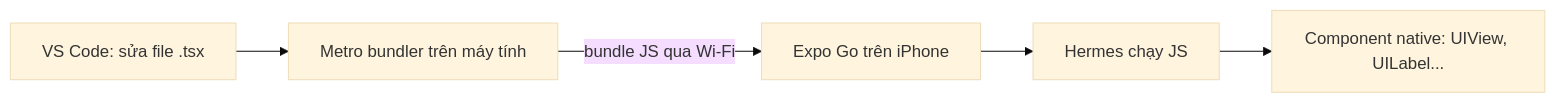
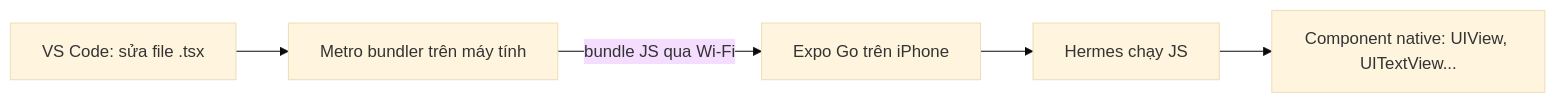
The diagram in books/react-native/vol1-co-ban/01-cai-dat-va-du-an-dau-tien.md (VuXuanThanh-Dev/super-apps), drawn with Mermaid (base theme) before and after one commit. The commit also changed 18 other files, not shown here.

````diff
--- a/books/react-native/vol1-co-ban/01-cai-dat-va-du-an-dau-tien.md
+++ b/books/react-native/vol1-co-ban/01-cai-dat-va-du-an-dau-tien.md
@@ -29,7 +29,7 @@
 ```mermaid
 flowchart LR
   A[VS Code: sửa file .tsx] --> B[Metro bundler trên máy tính]
   B -- "bundle JS qua Wi-Fi" --> C[Expo Go trên iPhone]
   C --> D[Hermes chạy JS]
-  D --> E[Component native: UIView, UILabel...]
+  D --> E[Component native: UIView, UITextView...]
 ```
````
